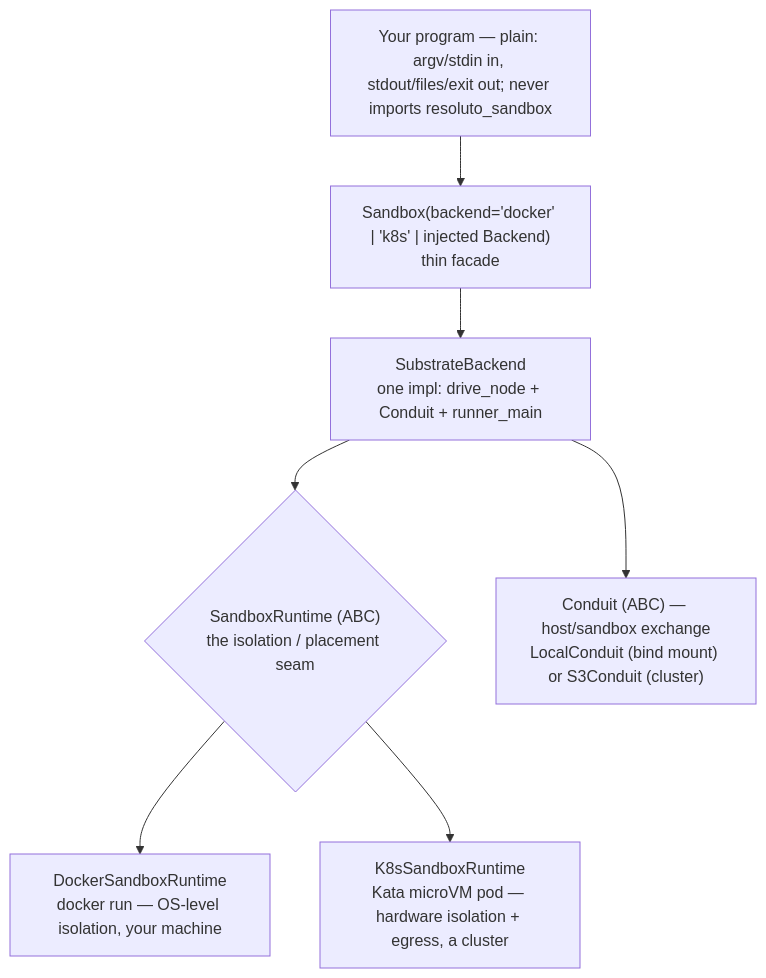
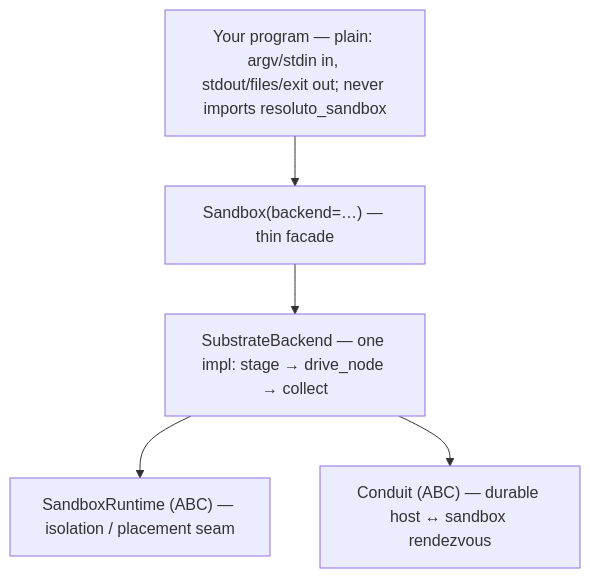
One commit to DeepBlueCoding/resoluto-sandbox changed the first of 2 diagrams in README.md. Above: the diagram before and after it, drawn with Mermaid. The commit also changed other lines of this file and 42 other files, not shown here.

First line of the commit message:
feat(sandbox): local Kata backend (nerdctl + dedicated containerd) + de-slop the package

````diff
--- a/README.md
+++ b/README.md
@@ -73,15 +73,11 @@
 ```mermaid
 flowchart TD
     P["Your program — plain: argv/stdin in, stdout/files/exit out; never imports resoluto_sandbox"]
-    S["Sandbox(backend='docker' | 'k8s' | injected Backend)<br/>thin facade"]
-    SB["SubstrateBackend<br/>one impl: drive_node + Conduit + runner_main"]
-    RT{"SandboxRuntime (ABC)<br/>the isolation / placement seam"}
-    D["DockerSandboxRuntime<br/>docker run — OS-level isolation, your machine"]
-    K["K8sSandboxRuntime<br/>Kata microVM pod — hardware isolation + egress, a cluster"]
-    CD["Conduit (ABC) — host/sandbox exchange<br/>LocalConduit (bind mount) or S3Conduit (cluster)"]
+    S["Sandbox(backend=…) — thin facade"]
+    SB["SubstrateBackend — one impl: stage → drive_node → collect"]
+    RT["SandboxRuntime (ABC) — isolation / placement seam"]
+    CD["Conduit (ABC) — durable host ↔ sandbox rendezvous"]
     P --> S --> SB
     SB --> RT
-    RT --> D
-    RT --> K
     SB --> CD
 ```
````
